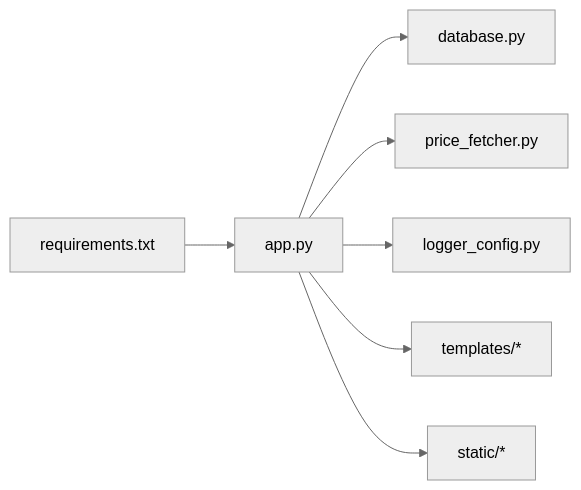
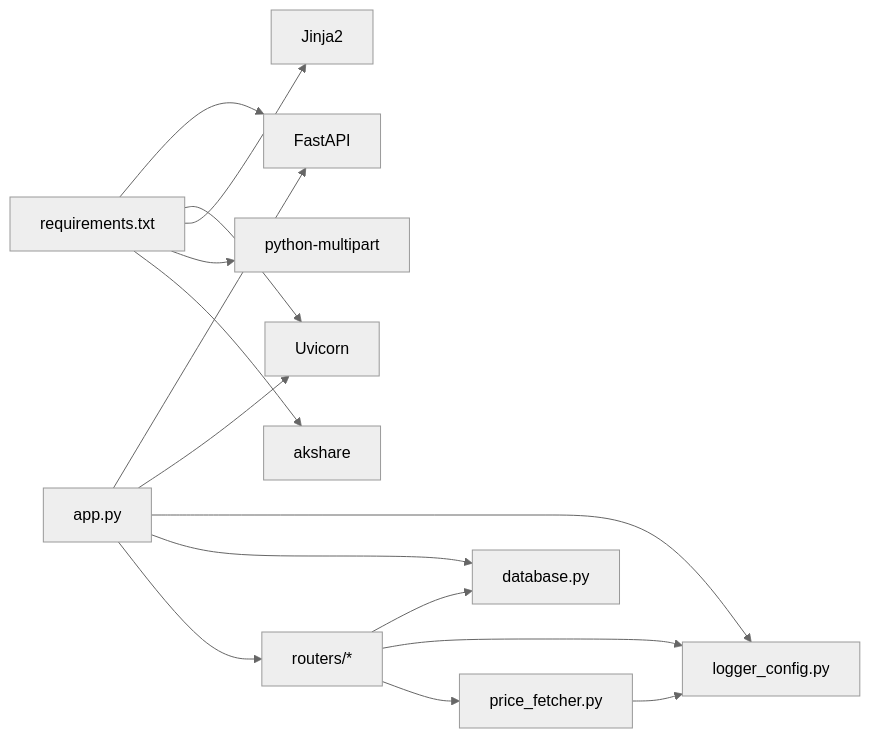
The eighth of 8 diagrams in .qoder/repowiki/zh/content/部署与运维/部署与运维.md (macrohuang/invest-log), drawn with Mermaid (neutral theme) before and after one commit. The commit also changed other lines of this file and 121 other files, not shown here.

````diff
--- a/.qoder/repowiki/zh/content/部署与运维/部署与运维.md
+++ b/.qoder/repowiki/zh/content/部署与运维/部署与运维.md
@@ -265,9 +274,17 @@
 ```mermaid
 graph LR
-APP["app.py"] --> DB["database.py"]
-APP --> PF["price_fetcher.py"]
-APP --> LG["logger_config.py"]
-APP --> TMPL["templates/*"]
-APP --> STAT["static/*"]
-REQ["requirements.txt"] --> APP
+Req["requirements.txt"] --> FA["FastAPI"]
+Req --> UV["Uvicorn"]
+Req --> TJ["Jinja2"]
+Req --> PM["python-multipart"]
+Req --> AK["akshare"]
+APP["app.py"] --> FA
+APP --> UV
+APP --> LOG["logger_config.py"]
+APP --> DB["database.py"]
+APP --> RT["routers/*"]
+RT --> DB
+RT --> LOG
+RT --> PF["price_fetcher.py"]
+PF --> LOG
 ```
````
